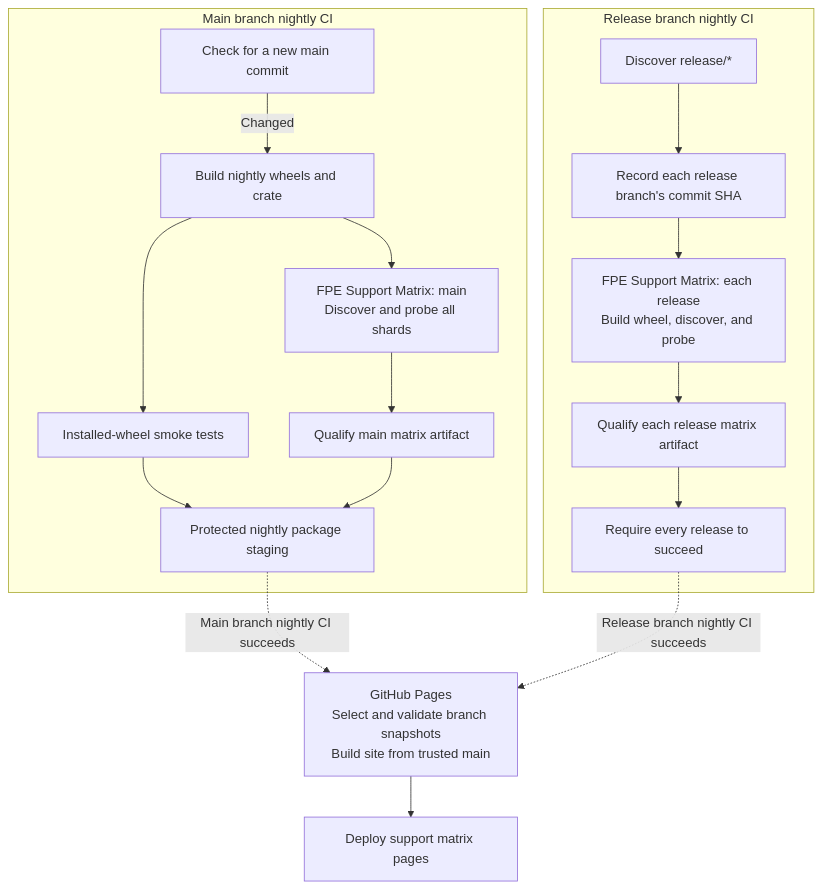
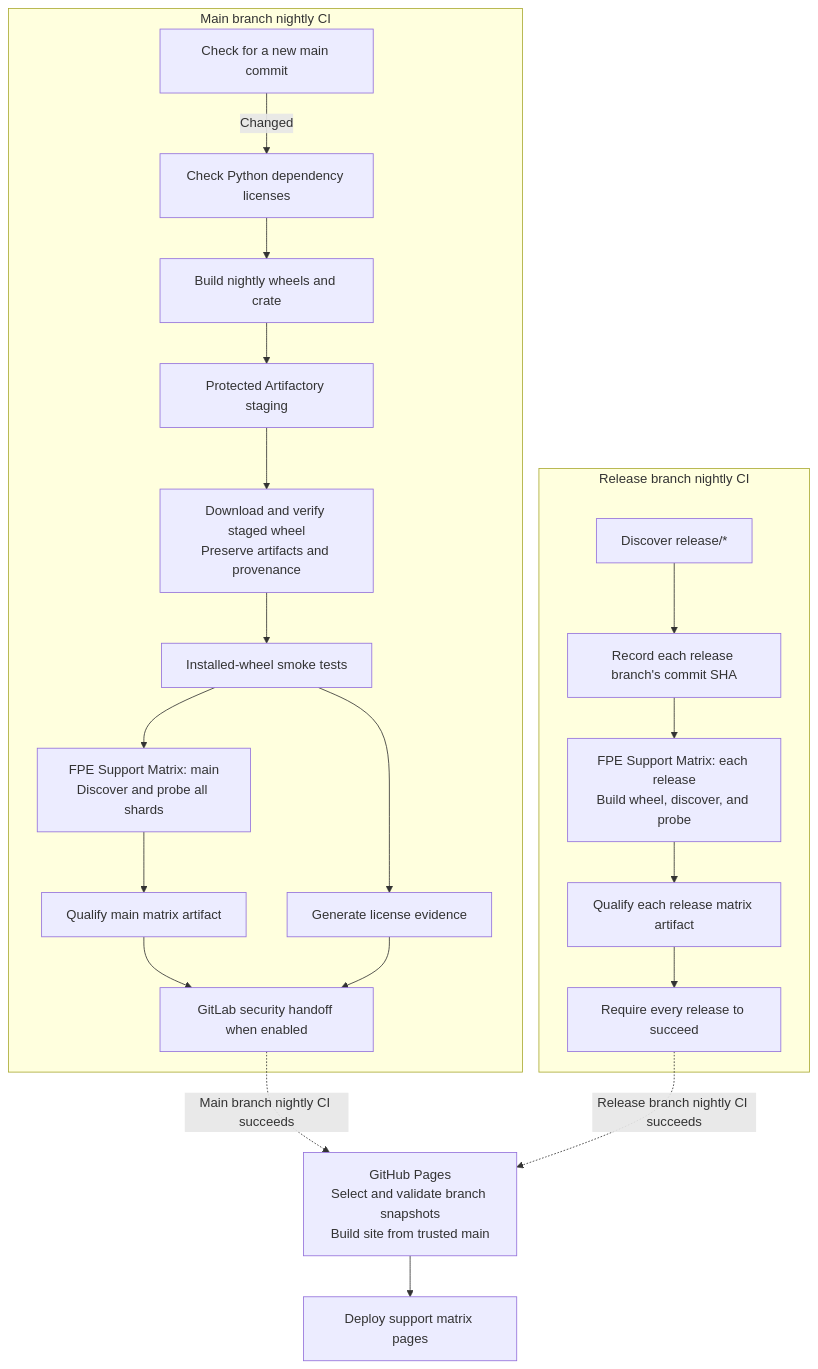
The second of 2 diagrams in docs/ci.md (carlory/aisimulate), drawn with Mermaid before and after one commit. The commit also changed other lines of this file and 6 other files, not shown here.

First line of the commit message:
ci: add license compliance gates; hand security scanning to GitLab (#59)

````diff
--- a/docs/ci.md
+++ b/docs/ci.md
@@ -63,22 +63,26 @@
 ```mermaid
 flowchart TD
     subgraph MainNightly["Main branch nightly CI"]
-        MainGuard["Check for a new main commit"] -->|Changed| Build["Build nightly wheels and crate"]
-        Build --> Smoke["Installed-wheel smoke tests"]
-        Build --> MainFPE["FPE Support Matrix: main<br/>Discover and probe all shards"]
+        MainGuard["Check for a new main commit"] -->|Changed| Licenses["Check Python dependency licenses"]
+        Licenses --> Build["Build nightly wheels and crate"]
+        Build --> NightlyStage["Protected Artifactory staging"]
+        NightlyStage --> Verify["Download and verify staged wheel<br/>Preserve artifacts and provenance"]
+        Verify --> Smoke["Installed-wheel smoke tests"]
+        Smoke --> MainFPE["FPE Support Matrix: main<br/>Discover and probe all shards"]
+        Smoke --> Evidence["Generate license evidence"]
         MainFPE --> MainQualified["Qualify main matrix artifact"]
-        Smoke --> NightlyStage["Protected nightly package staging"]
-        MainQualified --> NightlyStage
+        MainQualified --> Security["GitLab security handoff when enabled"]
+        Evidence --> Security
     end
 
     subgraph ReleaseNightly["Release branch nightly CI"]
         Discover["Discover release/*"] --> Pin["Record each release branch's commit SHA"]
         Pin --> PerRelease["FPE Support Matrix: each release<br/>Build wheel, discover, and probe"]
         PerRelease --> ReleaseQualified["Qualify each release matrix artifact"]
         ReleaseQualified --> AllReleases["Require every release to succeed"]
     end
 
-    NightlyStage -.->|Main branch nightly CI succeeds| Pages["GitHub Pages<br/>Select and validate branch snapshots<br/>Build site from trusted main"]
+    Security -.->|Main branch nightly CI succeeds| Pages["GitHub Pages<br/>Select and validate branch snapshots<br/>Build site from trusted main"]
     AllReleases -.->|Release branch nightly CI succeeds| Pages
     Pages --> Deploy["Deploy support matrix pages"]
 ```
````
